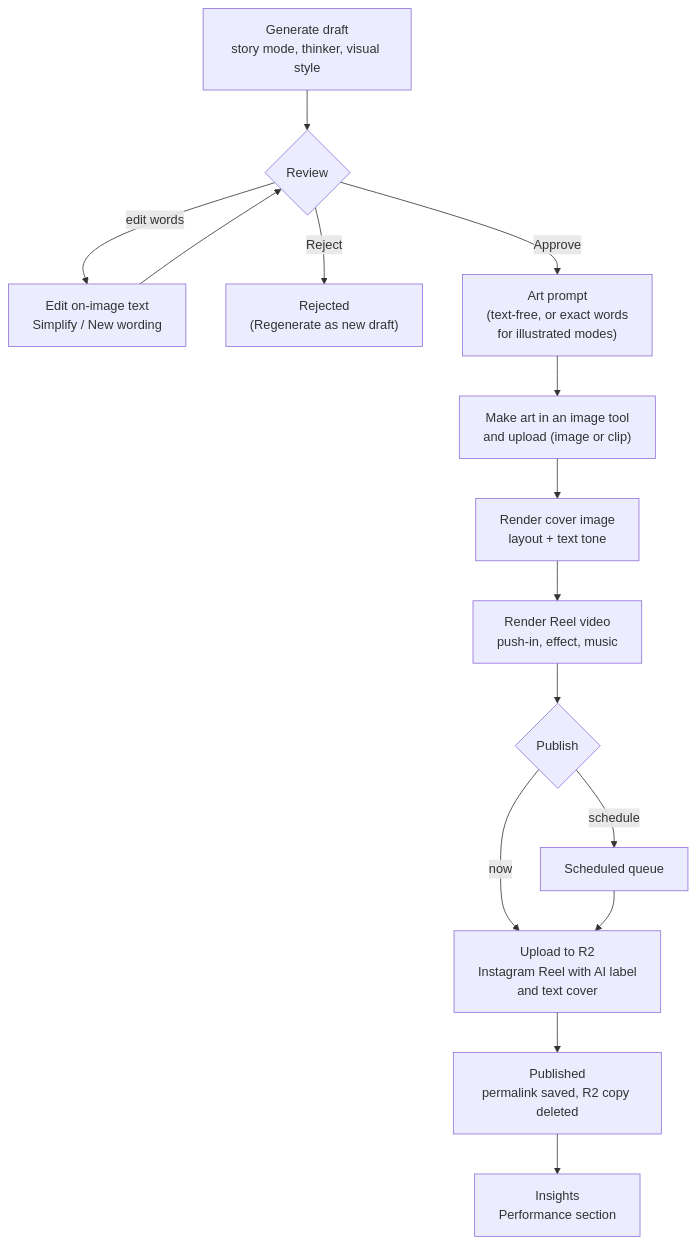
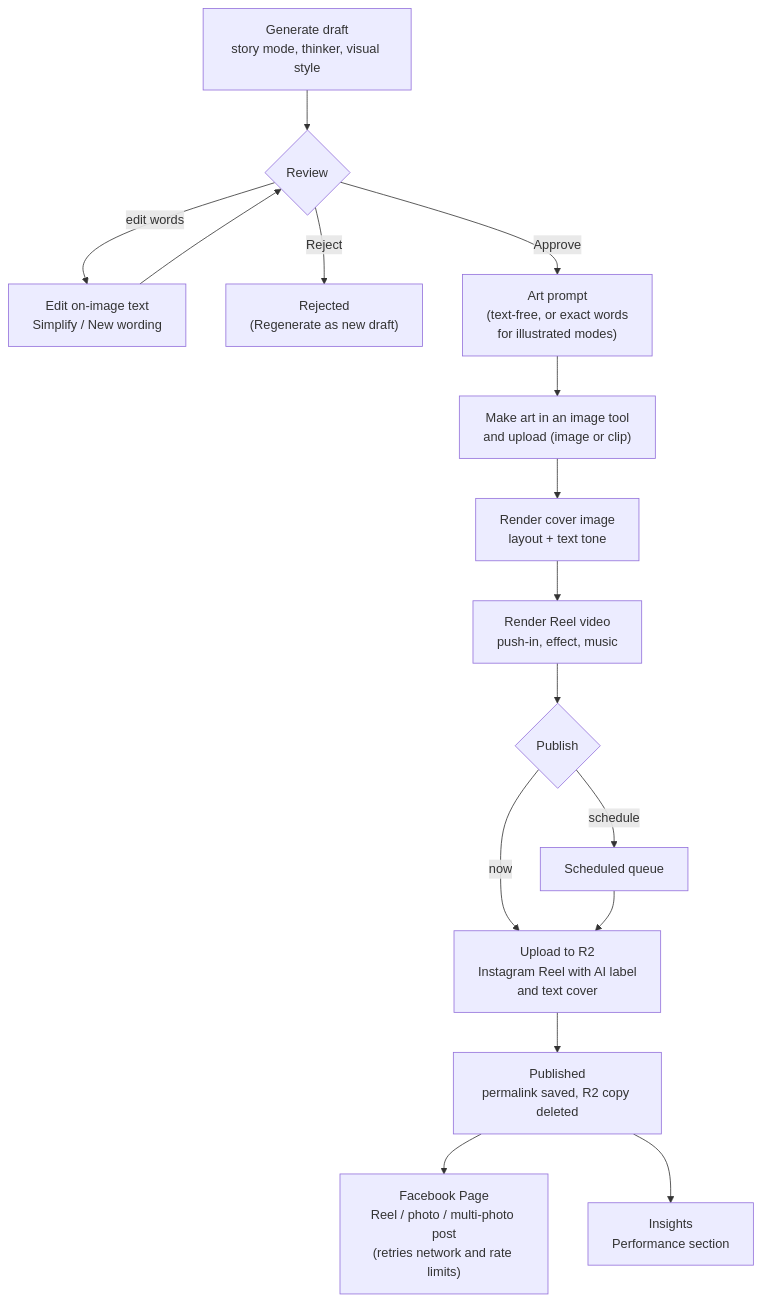
Before and after one commit to Digvijaythul123/Content_Generation_Agent: the second of 4 diagrams in 02_SYSTEM_ARCHITECTURE.md, drawn with Mermaid. The commit also changed other lines of this file and 2 other files, not shown here.

Commit message:
docs: carousels, Facebook Page posting, scenery and weather, engagement tools

````diff
--- a/02_SYSTEM_ARCHITECTURE.md
+++ b/02_SYSTEM_ARCHITECTURE.md
@@ -93,16 +98,17 @@
 ```mermaid
 flowchart TD
     A["Generate draft<br/>story mode, thinker, visual style"] --> B{"Review"}
     B -- "edit words" --> T["Edit on-image text<br/>Simplify / New wording"]
     T --> B
     B -- "Reject" --> R["Rejected<br/>(Regenerate as new draft)"]
     B -- "Approve" --> P["Art prompt<br/>(text-free, or exact words<br/>for illustrated modes)"]
     P --> U["Make art in an image tool<br/>and upload (image or clip)"]
     U --> C["Render cover image<br/>layout + text tone"]
     C --> V["Render Reel video<br/>push-in, effect, music"]
     V --> S{"Publish"}
     S -- "now" --> PUB["Upload to R2<br/>Instagram Reel with AI label<br/>and text cover"]
     S -- "schedule" --> Q["Scheduled queue"] --> PUB
     PUB --> D["Published<br/>permalink saved, R2 copy deleted"]
+    D --> FBP["Facebook Page<br/>Reel / photo / multi-photo post<br/>(retries network and rate limits)"]
     D --> I["Insights<br/>Performance section"]
 ```
````
